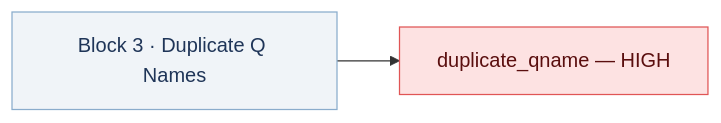
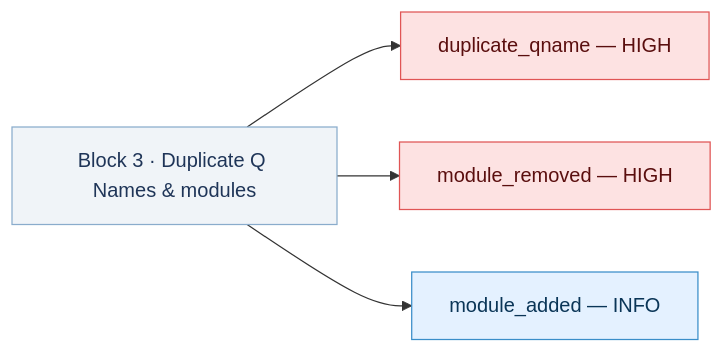
Before and after one commit to edoardoforzano1/DIEM_Questionnaire_Validation: the fifth of 11 diagrams in docs/workflow/geopoll-logic.md, drawn with Mermaid. The commit also changed other lines of this file and 5 other files, not shown here.

````diff
--- a/docs/workflow/geopoll-logic.md
+++ b/docs/workflow/geopoll-logic.md
@@ -303,8 +303,12 @@
 ```mermaid
 flowchart LR
-    DQ["Block 3 · Duplicate Q Names"]
+    DQ["Block 3 · Duplicate Q Names & modules"]
     DQ --> J["duplicate_qname — HIGH"]
+    DQ --> K["module_removed — HIGH"]
+    DQ --> L["module_added — INFO"]
 
     style DQ fill:#f0f4f8,stroke:#8aaccc,color:#1f3558
     style J  fill:#fde2e2,stroke:#e05555,color:#5a0e0e
+    style K  fill:#fde2e2,stroke:#e05555,color:#5a0e0e
+    style L  fill:#e4f1ff,stroke:#3a8ec9,color:#0a3557
 ```
````
